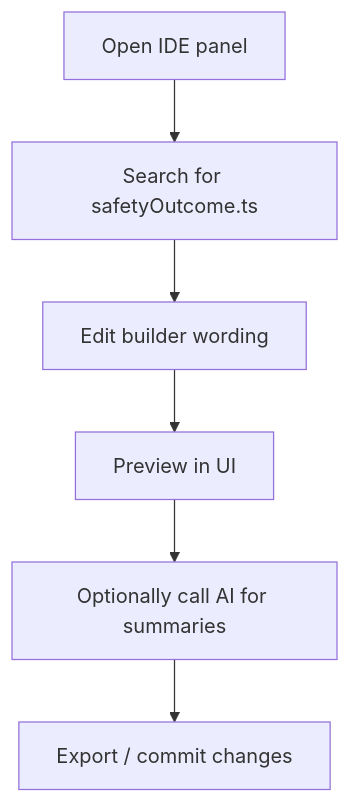
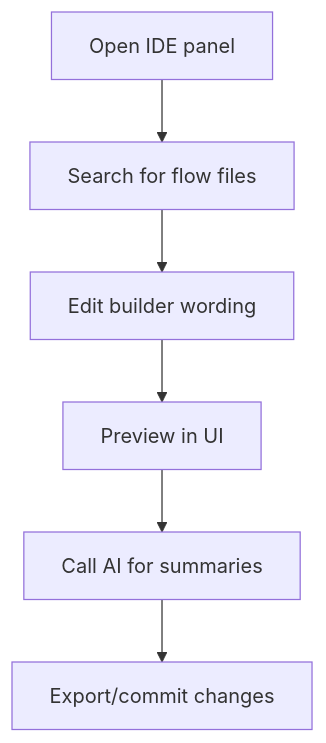
Before and after one commit to mustafaras/Synapse_IDE_PSYCHIATRY: diagram 14 of 16 in README.md, drawn with Mermaid. The commit also changed other lines of this file, not shown here.

````diff
--- a/README.md
+++ b/README.md
@@ -988,8 +993,8 @@
 ```mermaid
 flowchart TD
-  A[Open IDE panel] --> B[Search for safetyOutcome.ts]
-  B --> C[Edit builder wording]
-  C --> D[Preview in UI]
-  D --> E[Optionally call AI for summaries]
-  E --> F[Export / commit changes]
+  A["Open IDE panel"] --> B["Search for flow files"]
+  B --> C["Edit builder wording"]
+  C --> D["Preview in UI"]
+  D --> E["Call AI for summaries"]
+  E --> F["Export/commit changes"]
 ```
````
